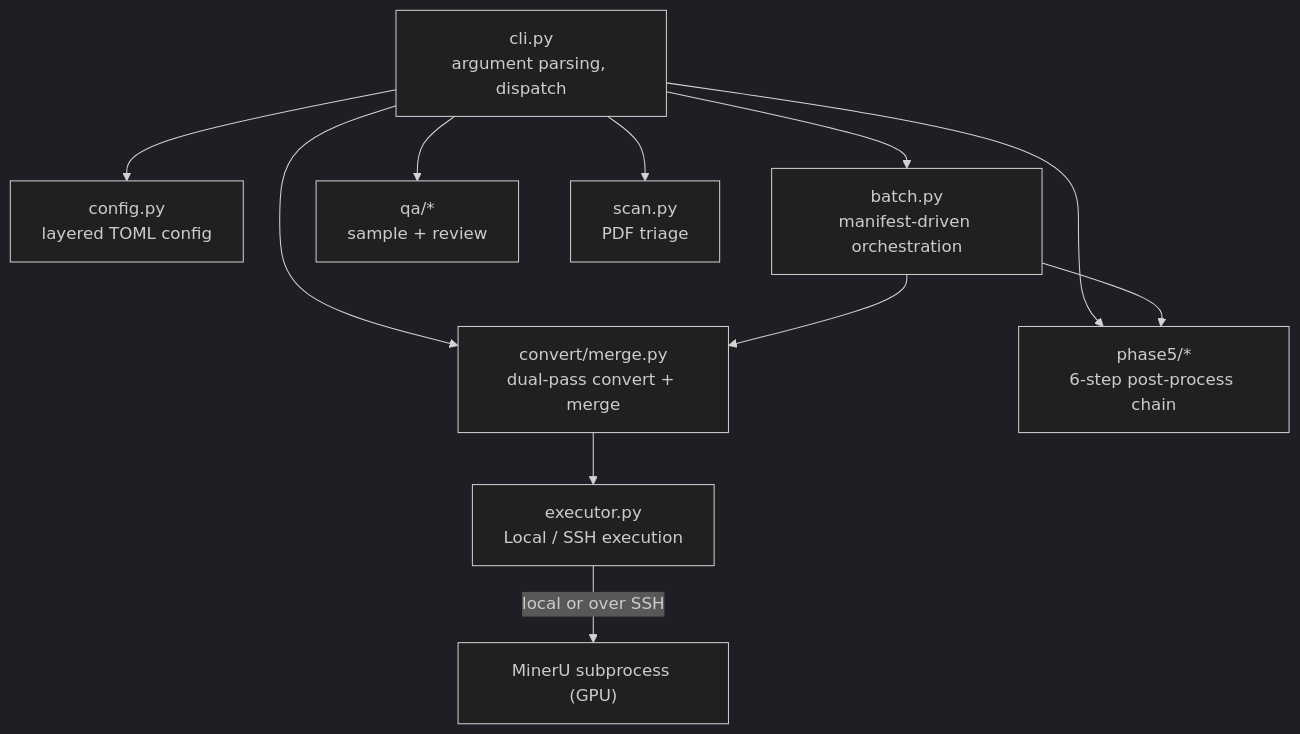
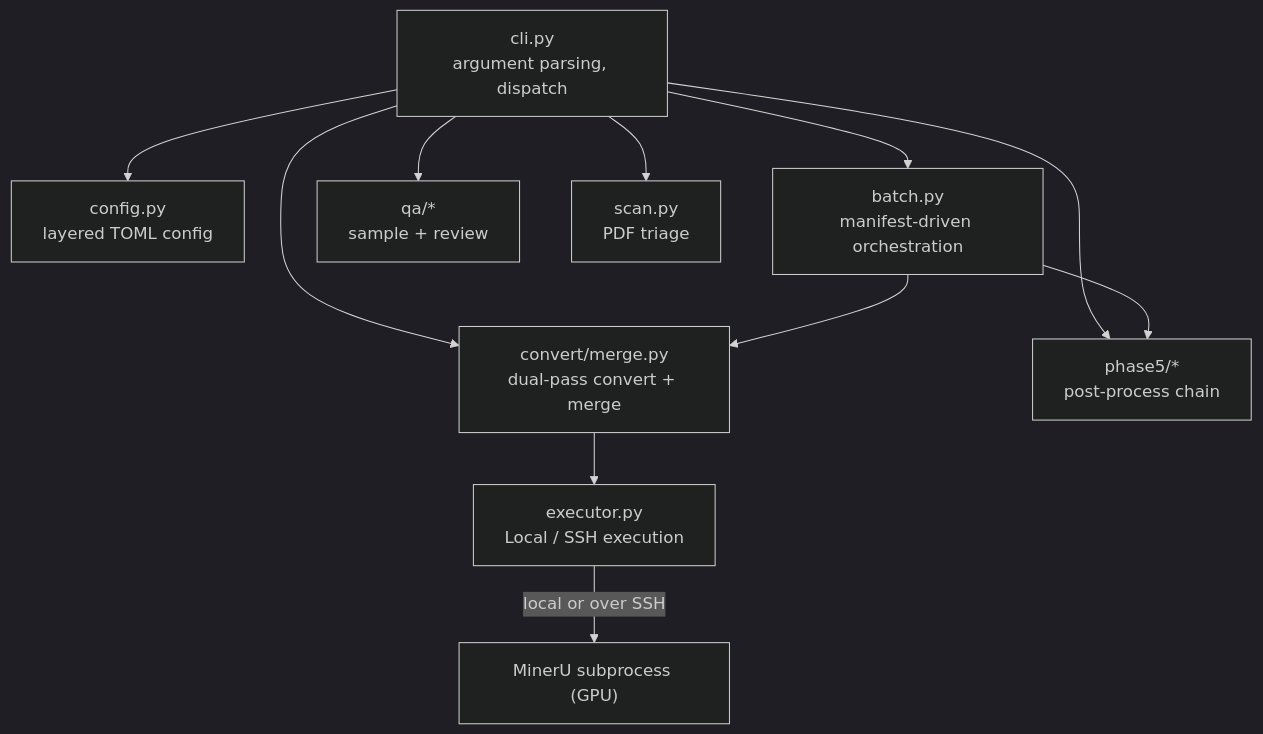
The second of 4 diagrams in docs/architecture/architecture.md (Sevthered/pdf2wiki), drawn with Mermaid (dark theme) before and after one commit. The commit also changed other lines of this file and 28 other files, not shown here.

````diff
--- a/docs/architecture/architecture.md
+++ b/docs/architecture/architecture.md
@@ -43,23 +43,23 @@
 ```mermaid
 graph TD
     cli["cli.py<br/>argument parsing, dispatch"]
     config["config.py<br/>layered TOML config"]
     executor["executor.py<br/>Local / SSH execution"]
     convert["convert/merge.py<br/>dual-pass convert + merge"]
-    phase5["phase5/*<br/>6-step post-process chain"]
+    phase5["phase5/*<br/>post-process chain"]
     batch["batch.py<br/>manifest-driven orchestration"]
     qa["qa/*<br/>sample + review"]
     scan["scan.py<br/>PDF triage"]
     mineru["MinerU subprocess (GPU)"]
 
     cli --> config
     cli --> convert
     cli --> phase5
     cli --> qa
     cli --> scan
     cli --> batch
     convert --> executor
     executor -->|"local or over SSH"| mineru
     batch --> convert
     batch --> phase5
 ```
````
